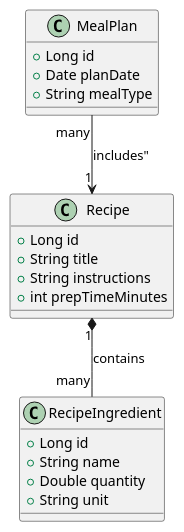
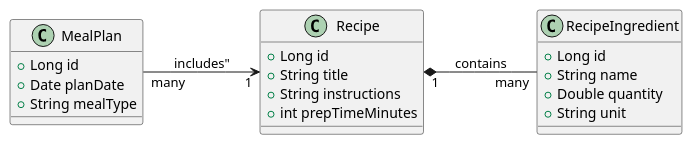
The diagram in docs/architecture/class-diagram.md (Lisovskiy14/Meal-Planner-Api), drawn with PlantUML before and after one commit.

Commit message:
Class Diagram: changed direction to 'left to right'

````diff
--- a/docs/architecture/class-diagram.md
+++ b/docs/architecture/class-diagram.md
@@ -1,26 +1,27 @@
 ```plantuml
 @startuml
+left to right direction
 class Recipe {
     +Long id
     +String title
     +String instructions
     +int prepTimeMinutes
 }
 
 class RecipeIngredient {
     +Long id
     +String name
     +Double quantity
     +String unit
 }
 
 class MealPlan {
     +Long id
     +Date planDate
     +String mealType
 }
 
 Recipe "1" *-- "many" RecipeIngredient : contains
 MealPlan "many" --> "1" Recipe : includes"
 @enduml
 ```
````
